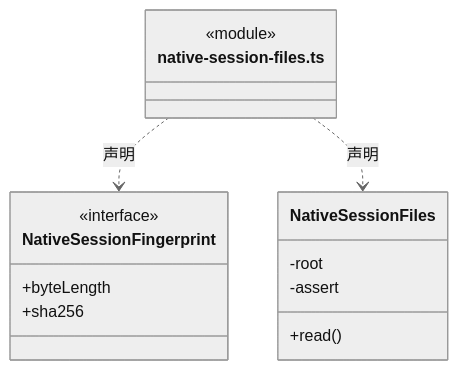
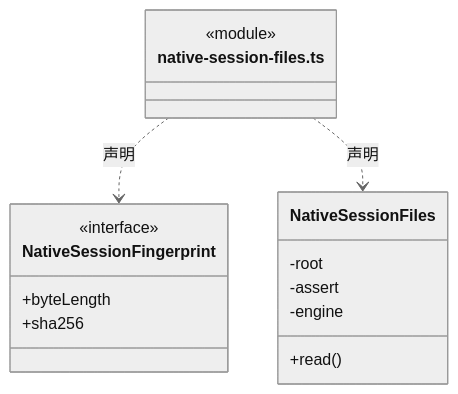
Before and after one commit to nan023062/cbim: diagram 24 of 36 in src/backend/main/platform/ARCHITECTURE.md, drawn with Mermaid (neutral theme). The commit also changed other lines of this file and 216 other files, not shown here.

````diff
--- a/src/backend/main/platform/ARCHITECTURE.md
+++ b/src/backend/main/platform/ARCHITECTURE.md
@@ -571,18 +571,19 @@
 ```mermaid
 classDiagram
 class N_src_backend_main_platform_native_session_files_ts["native-session-files.ts"] {
   <<module>>
 }
 class N_src_backend_main_platform_native_session_files_ts_NativeSessionFingerprint["NativeSessionFingerprint"] {
   <<interface>>
   +byteLength
   +sha256
 }
 N_src_backend_main_platform_native_session_files_ts ..> N_src_backend_main_platform_native_session_files_ts_NativeSessionFingerprint : 声明
 class N_src_backend_main_platform_native_session_files_ts_NativeSessionFiles["NativeSessionFiles"] {
   +read()
   -root
   -assert
+  -engine
 }
 N_src_backend_main_platform_native_session_files_ts ..> N_src_backend_main_platform_native_session_files_ts_NativeSessionFiles : 声明
 ```
````
